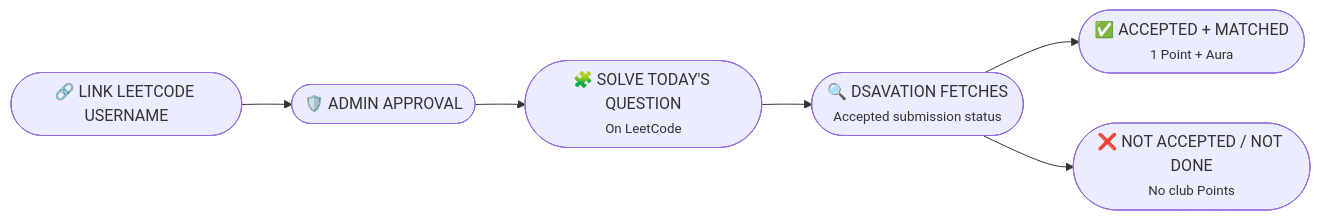
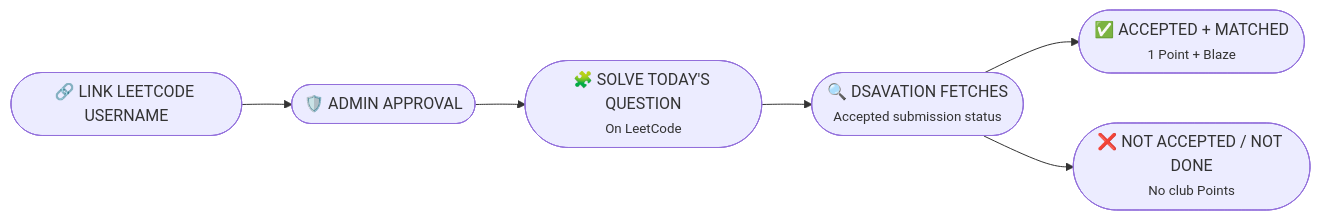
The third of 3 diagrams in README.md (Technovation-ABES/DSAvation), drawn with Mermaid before and after one commit. The commit also changed other lines of this file, not shown here.

````diff
--- a/README.md
+++ b/README.md
@@ -214,8 +214,8 @@
 ```mermaid
 flowchart LR
     A(["🔗 LINK LEETCODE USERNAME"]) --> B(["🛡️ ADMIN APPROVAL"])
     B --> C(["🧩 SOLVE TODAY'S QUESTION<br/><small>On LeetCode</small>"])
     C --> D(["🔍 DSAVATION FETCHES<br/><small>Accepted submission status</small>"])
-    D --> E(["✅ ACCEPTED + MATCHED<br/><small>1 Point + Aura</small>"])
+    D --> E(["✅ ACCEPTED + MATCHED<br/><small>1 Point + Blaze</small>"])
     D --> F(["❌ NOT ACCEPTED / NOT DONE<br/><small>No club Points</small>"])
 ```
````
